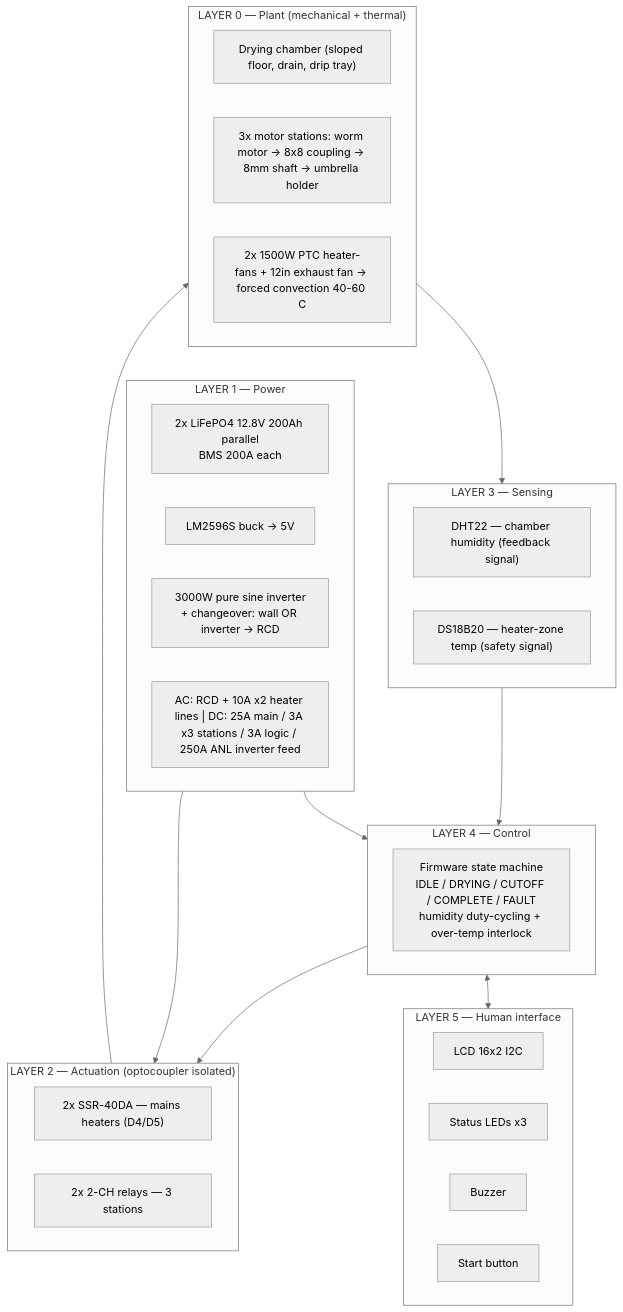
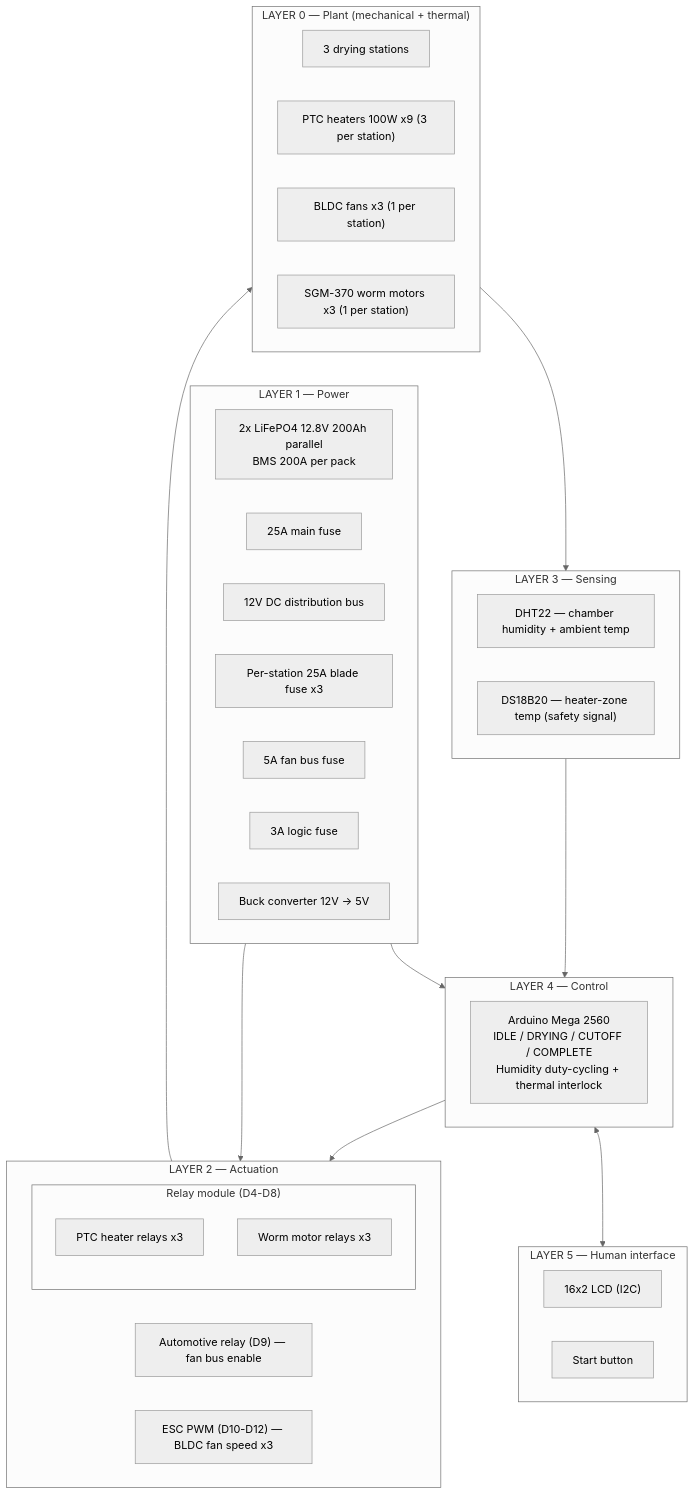
The first of 4 diagrams in docs/SYSTEM-ARCHITECTURE.md (qppd/umbrella-dryer-v2), drawn with Mermaid (neutral theme) before and after one commit. The commit also changed other lines of this file and 14 other files, not shown here.

First line of the commit message:
Rev 7: Complete 12V DC redesign — all docs rewritten

````diff
--- a/docs/SYSTEM-ARCHITECTURE.md
+++ b/docs/SYSTEM-ARCHITECTURE.md
@@ -7,39 +7,50 @@
 ```mermaid
 flowchart TD
     subgraph L5["LAYER 5 — Human interface"]
-        LCD["LCD 16x2 I2C"]
-        LED["Status LEDs x3"]
-        BUZ["Buzzer"]
+        LCD["16x2 LCD (I2C)"]
         BTN["Start button"]
     end
+
     subgraph L4["LAYER 4 — Control"]
-        FW["Firmware state machine<br/>IDLE / DRYING / CUTOFF / COMPLETE / FAULT<br/>humidity duty-cycling + over-temp interlock"]
+        FW["Arduino Mega 2560<br/>IDLE / DRYING / CUTOFF / COMPLETE<br/>Humidity duty-cycling + thermal interlock"]
     end
+
     subgraph L3["LAYER 3 — Sensing"]
-        DHT22b["DHT22 — chamber humidity (feedback signal)"]
-        DS18b["DS18B20 — heater-zone temp (safety signal)"]
+        DHT["DHT22 — chamber humidity + ambient temp"]
+        DS["DS18B20 — heater-zone temp (safety signal)"]
     end
-    subgraph L2["LAYER 2 — Actuation (optocoupler isolated)"]
-        RH["2x SSR-40DA — mains heaters (D4/D5)"]
-        RM["2x 2-CH relays — 3 stations"]
+
+    subgraph L2["LAYER 2 — Actuation"]
+        subgraph RELAY["Relay module (D4-D8)"]
+            PTC["PTC heater relays x3"]
+            MOT["Worm motor relays x3"]
+        end
+        FAN_BUS["Automotive relay (D9) — fan bus enable"]
+        ESC_X["ESC PWM (D10-D12) — BLDC fan speed x3"]
     end
+
     subgraph L1["LAYER 1 — Power"]
-        BAT["2x LiFePO4 12.8V 200Ah parallel<br/>BMS 200A each"]
-        BUCK["LM2596S buck -> 5V"]
-        INV["3000W pure sine inverter<br/>+ changeover: wall OR inverter -> RCD"]
-        FUSES["AC: RCD + 10A x2 heater lines | DC: 25A main / 3A x3 stations / 3A logic / 250A ANL inverter feed"]
+        BANK["2x LiFePO4 12.8V 200Ah parallel<br/>BMS 200A per pack"]
+        FUSE_MAIN["25A main fuse"]
+        DIST["12V DC distribution bus"]
+        FUSE_ST["Per-station 25A blade fuse x3"]
+        FUSE_FAN["5A fan bus fuse"]
+        FUSE_LOGIC["3A logic fuse"]
+        BUCK["Buck converter 12V -> 5V"]
     end
+
     subgraph L0["LAYER 0 — Plant (mechanical + thermal)"]
-        CH["Drying chamber (sloped floor, drain, drip tray)"]
-        ST["3x motor stations: worm motor -> 8x8 coupling -> 8mm shaft -> umbrella holder"]
-        HEAT["2x 1500W PTC heater-fans + 12in exhaust fan -> forced convection 40-60 C"]
+        CH["3 drying stations"]
+        PTC_ALL["PTC heaters 100W x9 (3 per station)"]
+        FAN_ALL["BLDC fans x3 (1 per station)"]
+        MOT_ALL["SGM-370 worm motors x3 (1 per station)"]
     end
 
     L0 --> L3
     L3 --> L4
     L4 --> L2
     L2 --> L0
     L1 --> L2
     L1 --> L4
     L4 <--> L5
 ```
````
